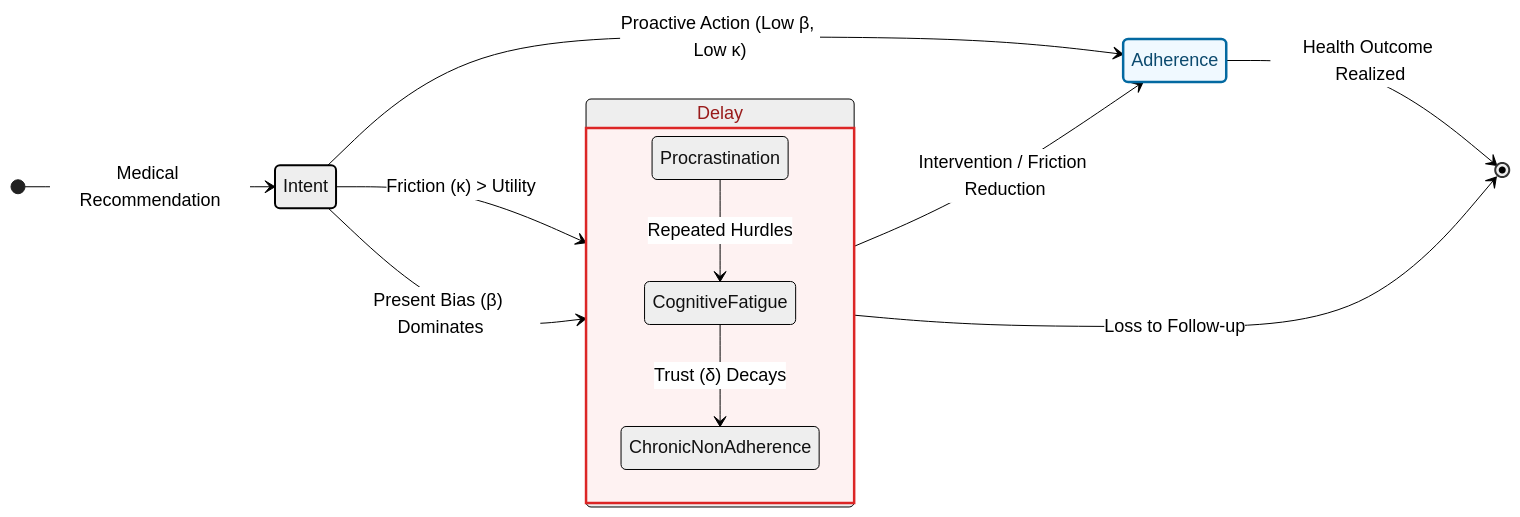
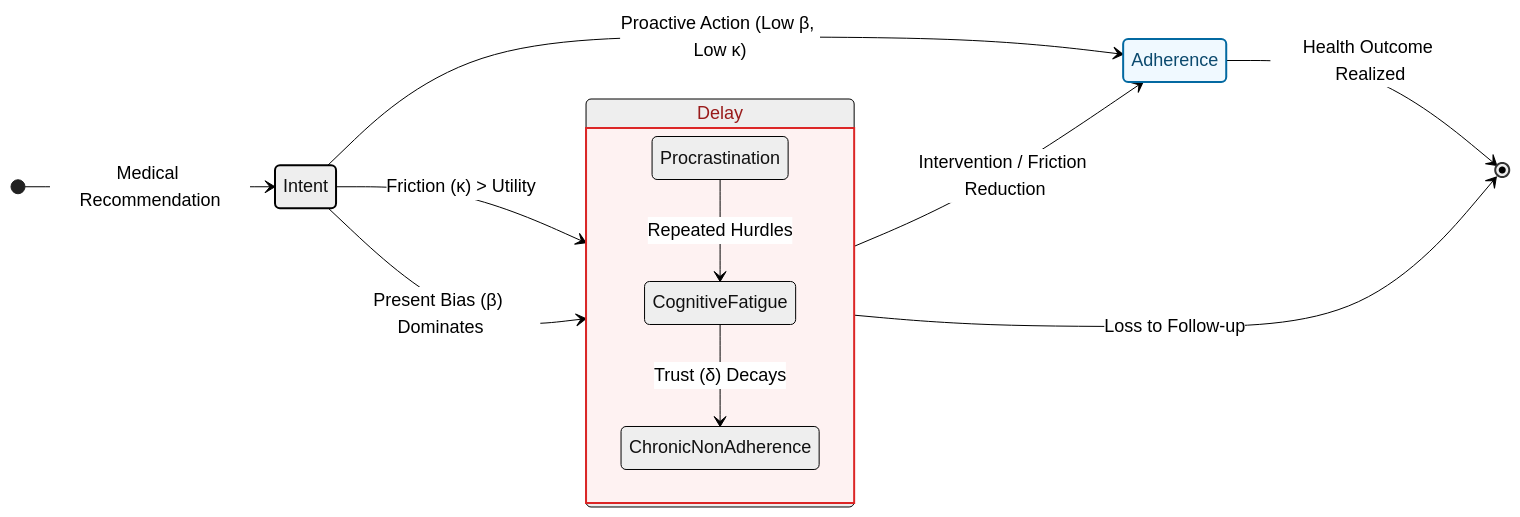
The diagram in clinical/index.md (yichao2022/yichao2022.github.io), drawn with Mermaid before and after one commit. The commit also changed other lines of this file and 2 other files, not shown here.

Commit message:
Fix Mermaid parse error and marked.js rendering in clinical and health pages

````diff
--- a/clinical/index.md
+++ b/clinical/index.md
@@ -38,29 +16,29 @@
-    <div class="mermaid">
+```mermaid
 %%{init: {'theme': 'neutral', 'themeVariables': { 'fontSize': '18px', 'fontFamily': 'system-ui', 'edgeLabelBackground':'#ffffff', 'tertiaryColor': '#f3f3f3', 'lineColor': '#333333'}, 'state': {'edgeLength': 150}}}%%
 stateDiagram-v2
     direction LR
 
-    classDef delayState fill:#fef2f2,stroke:#dc2626,stroke-width:2.5px,color:#991b1b,fontWeight:bold;
-    classDef optimalState fill:#f0f9ff,stroke:#0369a1,stroke-width:2.5px,color:#0c4a6e,fontWeight:bold;
-    classDef defaultState stroke-width:2px;
+    classDef delayState fill:#fef2f2,stroke:#dc2626,stroke-width:2px,color:#991b1b
+    classDef optimalState fill:#f0f9ff,stroke:#0369a1,stroke-width:2px,color:#0c4a6e
+    classDef defaultState stroke-width:2px
 
     [*] --> Intent : Medical Recommendation
     
     Intent --> Adherence : Proactive Action (Low β, Low κ)
     Intent --> Delay : Friction (κ) > Utility
     Intent --> Delay : Present Bias (β) Dominates
     
     state Delay {
         direction TB
         Procrastination --> CognitiveFatigue : Repeated Hurdles
         CognitiveFatigue --> ChronicNonAdherence : Trust (δ) Decays
     }
     
     Delay --> Adherence : Intervention / Friction Reduction
     Delay --> [*] : Loss to Follow-up
     Adherence --> [*] : Health Outcome Realized
 
     class Delay delayState
     class Adherence optimalState
     class Intent defaultState
-    </div>
+```
````
